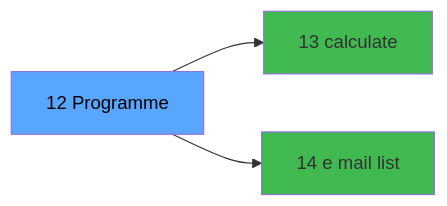
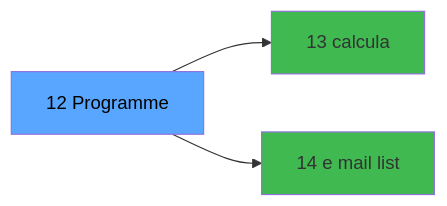
One commit to thonyAGP/magic-migration changed the third of 3 diagrams in .openspec/specs/ADH-IDE-12.md. Above: the diagram before and after it, drawn with Mermaid. The commit also changed other lines of this file and 323 other files, not shown here.

````diff
--- a/.openspec/specs/ADH-IDE-12.md
+++ b/.openspec/specs/ADH-IDE-12.md
@@ -118,11 +137,11 @@
 ```mermaid
 graph LR
     T[12 Programme]
-    C13[13      calculate ]
+    C13[13      calcula]
     T --> C13
     C14[14 e mail list]
     T --> C14
     style T fill:#58a6ff,color:#000
     style C13 fill:#3fb950
     style C14 fill:#3fb950
 ```
````
